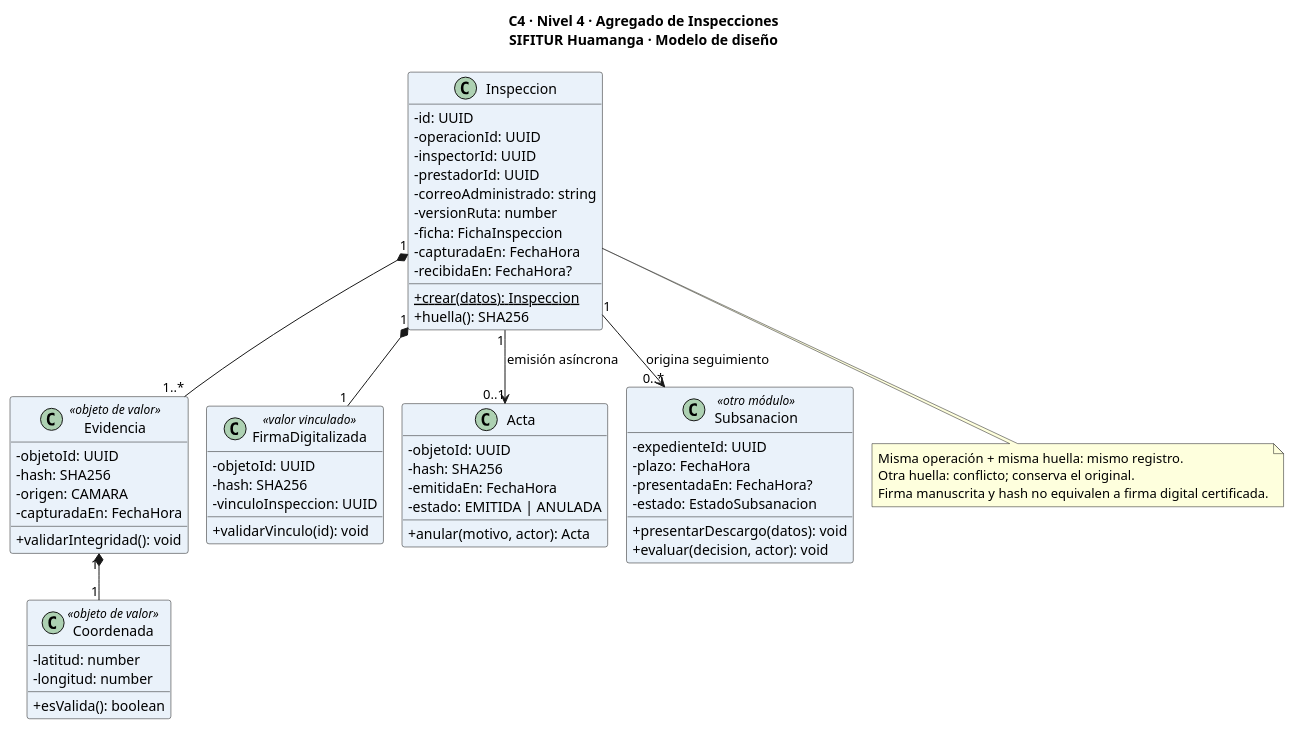
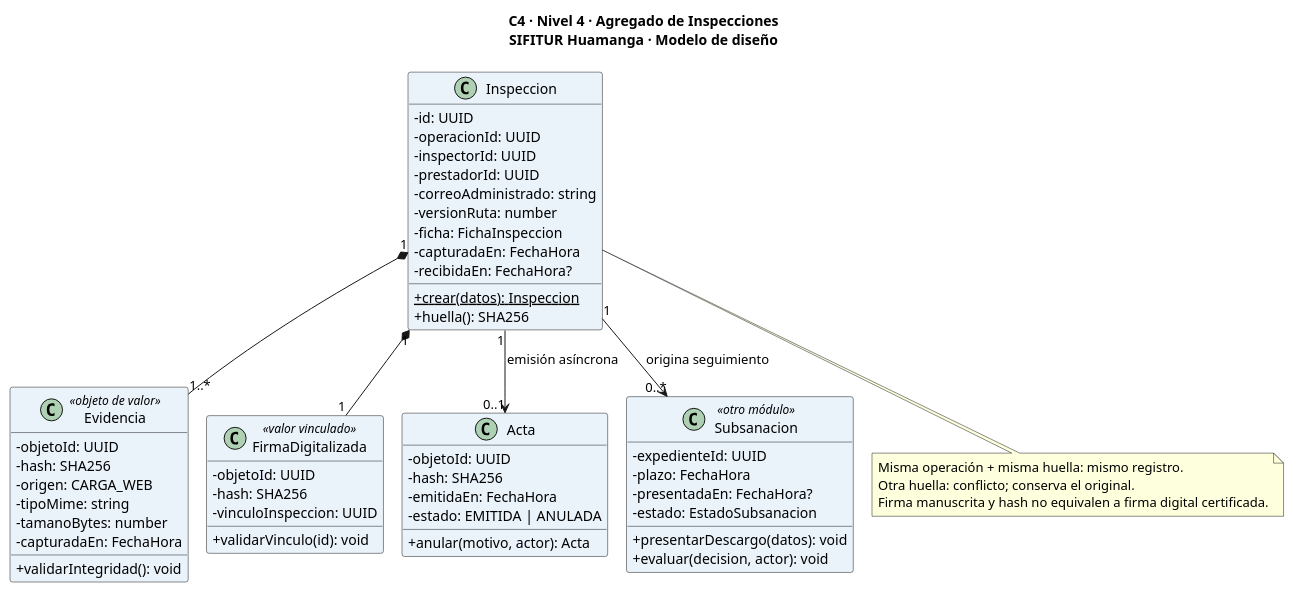
One commit to PoolDYer/entregableSPRINT01-jeanpoolkennerpalominomavila changed the diagram in diagrams/structurizr/nivel4-agregado.puml. Above: the diagram before and after it, drawn with PlantUML. The commit also changed 301 other files, not shown here.

Commit message:
docs: regenerar arquitectura y diagramas para alcance web

```diff
--- a/diagrams/structurizr/nivel4-agregado.puml
+++ b/diagrams/structurizr/nivel4-agregado.puml
@@ -1,63 +1,59 @@
 @startuml
 !pragma layout smetana
 title C4 · Nivel 4 · Agregado de Inspecciones\nSIFITUR Huamanga · Modelo de diseño
 skinparam backgroundColor #FFFFFF
 skinparam classBackgroundColor #EAF2FA
 skinparam classAttributeIconSize 0
 class Inspeccion {
   -id: UUID
   -operacionId: UUID
   -inspectorId: UUID
   -prestadorId: UUID
   -correoAdministrado: string
   -versionRuta: number
   -ficha: FichaInspeccion
   -capturadaEn: FechaHora
   -recibidaEn: FechaHora?
   +{static} crear(datos): Inspeccion
   +huella(): SHA256
 }
 class Evidencia <<objeto de valor>> {
   -objetoId: UUID
   -hash: SHA256
-  -origen: CAMARA
+  -origen: CARGA_WEB
+  -tipoMime: string
+  -tamanoBytes: number
   -capturadaEn: FechaHora
   +validarIntegridad(): void
-}
-class Coordenada <<objeto de valor>> {
-  -latitud: number
-  -longitud: number
-  +esValida(): boolean
 }
 class FirmaDigitalizada <<valor vinculado>> {
   -objetoId: UUID
   -hash: SHA256
   -vinculoInspeccion: UUID
   +validarVinculo(id): void
 }
 class Acta {
   -objetoId: UUID
   -hash: SHA256
   -emitidaEn: FechaHora
   -estado: EMITIDA | ANULADA
   +anular(motivo, actor): Acta
 }
 class Subsanacion <<otro módulo>> {
   -expedienteId: UUID
   -plazo: FechaHora
   -presentadaEn: FechaHora?
   -estado: EstadoSubsanacion
   +presentarDescargo(datos): void
   +evaluar(decision, actor): void
 }
 Inspeccion "1" *-- "1..*" Evidencia
 Inspeccion "1" *-- "1" FirmaDigitalizada
-Evidencia "1" *-- "1" Coordenada
 Inspeccion "1" --> "0..1" Acta : emisión asíncrona
 Inspeccion "1" --> "0..*" Subsanacion : origina seguimiento
 note bottom of Inspeccion
   Misma operación + misma huella: mismo registro.
   Otra huella: conflicto; conserva el original.
   Firma manuscrita y hash no equivalen a firma digital certificada.
 end note
 @enduml
```
